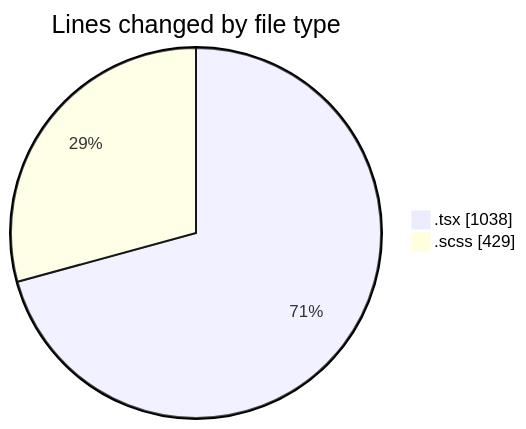
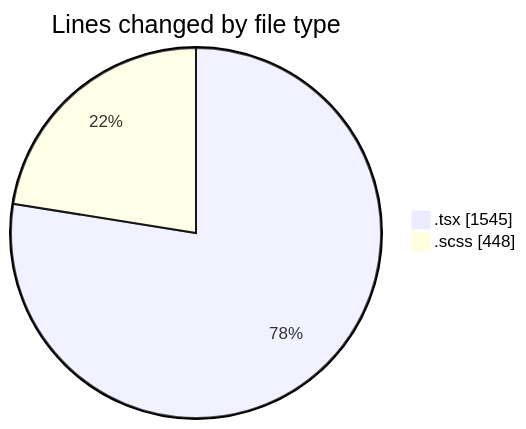
One commit to momahboobian/code-tracking changed the first of 2 diagrams in 2025-04-10/cda/README.md. Above: the diagram before and after it, drawn with Mermaid. The commit also changed other lines of this file and 1 other file, not shown here.

````diff
--- a/2025-04-10/cda/README.md
+++ b/2025-04-10/cda/README.md
@@ -23,6 +24,6 @@
 ```mermaid
 pie showData
 title Lines changed by file type
-".tsx" : 1038
-".scss" : 429
+".tsx" : 1545
+".scss" : 448
 ```
````
